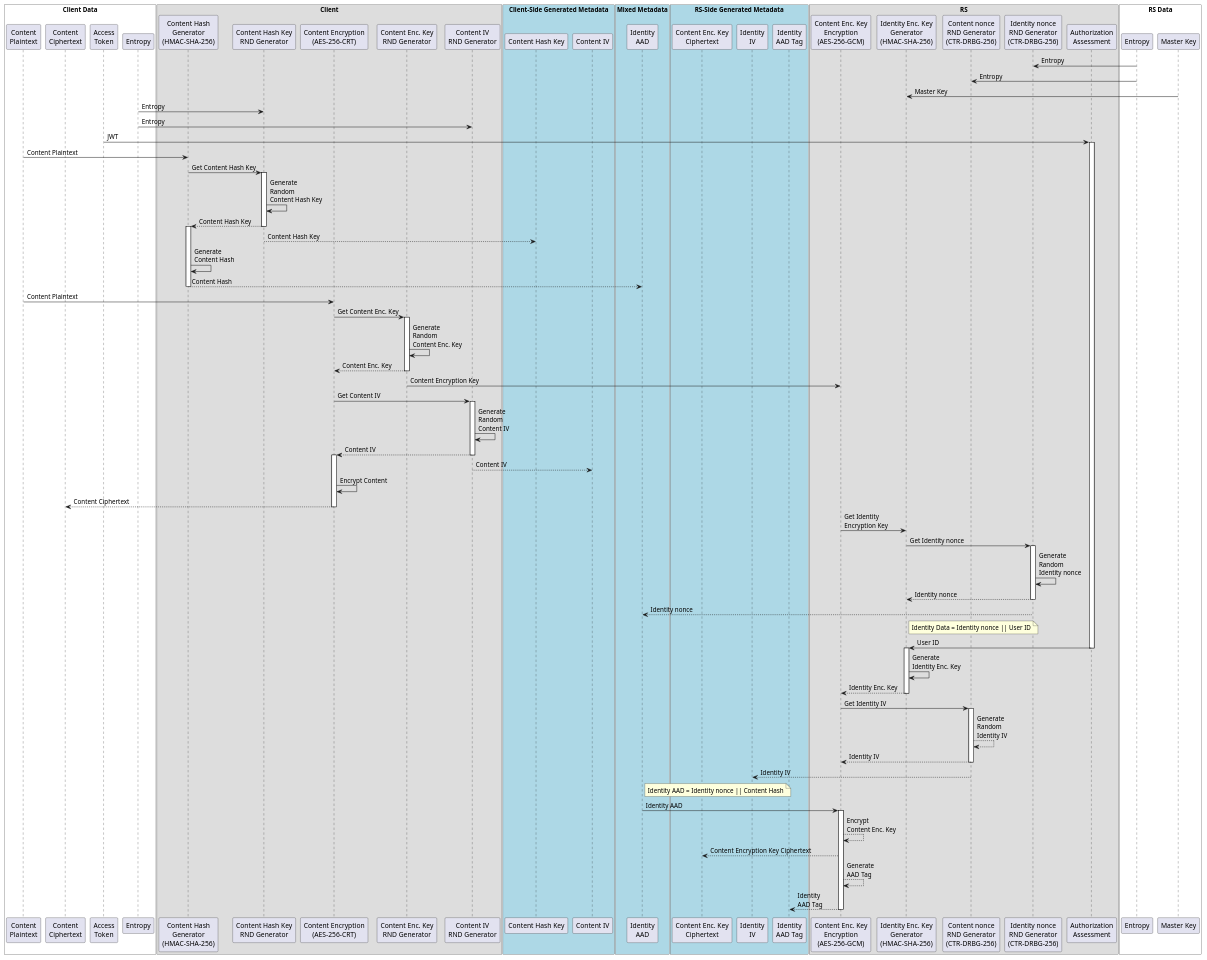
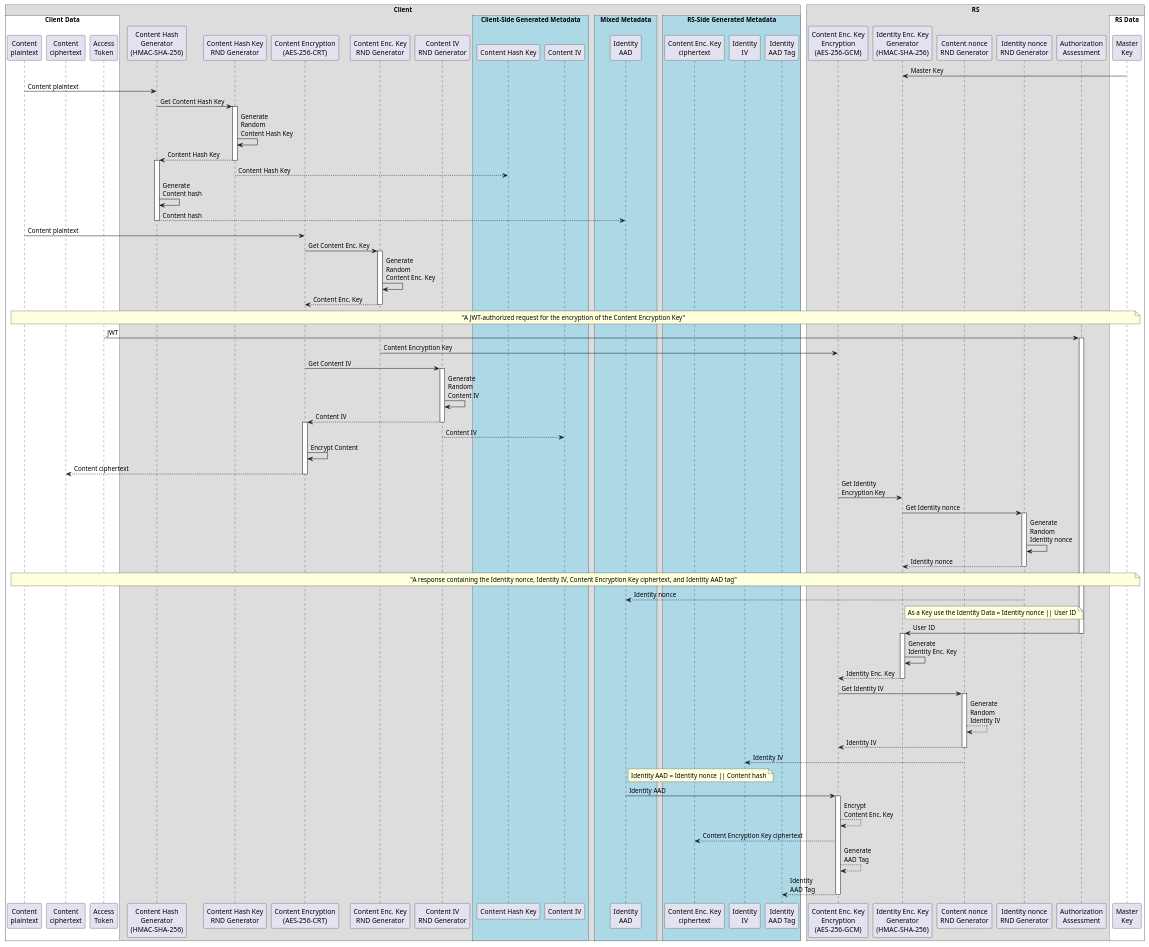
Before and after one commit to umalabs/ibe: the diagram in docs/ENCRYPTION.md, drawn with PlantUML. The commit also changed 2 other files, not shown here.

Commit message:
correction

````diff
--- a/docs/ENCRYPTION.md
+++ b/docs/ENCRYPTION.md
@@ -9,5 +9,7 @@
 ```plantuml
 @startuml
+!pragma teoz true
+
 ' --- Client ---
 participant "Content Hash\nGenerator\n(HMAC-SHA-256)" as ContentHashGen
 participant "Content Hash Key\nRND Generator" as ContentHashKeyRND
@@ -16,12 +18,11 @@
 participant "Content IV\nRND Generator" as ContentIV_RND
 
 ' --- Client Inputs ---
-participant "Content\nPlaintext" as ContentPlaintext
-participant "Entropy" as ClientEntropy
+participant "Content\nplaintext" as ContentPlaintext
 participant "Access\nToken" as AccessToken
 
 ' --- Client Outputs ---
-participant "Content\nCiphertext" as ContentCiphertext
+participant "Content\nciphertext" as ContentCiphertext
 
 ' --- Client-Side Generated Metadata ---
 participant "Content Hash Key" as ContentHashKeyMetadata
@@ -30,50 +31,48 @@
 ' --- RS ---
 participant "Identity Enc. Key\nGenerator\n(HMAC-SHA-256)" as IdentityEncKeyGen
 participant "Content Enc. Key\nEncryption\n(AES-256-GCM)" as ContentEncKeyEncryption
-participant "Content nonce\nRND Generator\n(CTR-DRBG-256)" as ContentNonceRNDGen
-participant "Identity nonce\nRND Generator\n(CTR-DRBG-256)" as IdentityNonceRNDGen
+participant "Content nonce\nRND Generator" as ContentNonceRNDGen
+participant "Identity nonce\nRND Generator" as IdentityNonceRNDGen
 participant "Authorization\nAssessment" as AuthorizationAssessment
 
 ' --- RS Inputs ---
-participant "Entropy" as RSEntropy
-participant "Master Key" as Masterkey
+participant "Master\nKey" as Masterkey
 
 ' --- RS-Side Generated Metadata ---
-participant "Content Enc. Key\nCiphertext" as ContentEncKeyCiphertextMetadata
+participant "Content Enc. Key\nciphertext" as ContentEncKeyCiphertextMetadata
 participant "Identity\nAAD Tag" as IdentityAADTagMetadata
 participant "Identity\nIV" as IdentityIVMetadata
 
 ' --- Mixed Metadata ---
 participant "Identity\nAAD" as IdentityAAD
 
-box "Client Data" #White
-    participant ContentPlaintext
-    participant ContentCiphertext
-    participant AccessToken
-    participant ClientEntropy
-end box
+box "Client"
+    box "Client Data" #White
+        participant ContentPlaintext
+        participant ContentCiphertext
+        participant AccessToken
+    end box
 
-box "Client"
     participant ContentHashGen
     participant ContentHashKeyRND
     participant ContentEncryption
     participant ContentEncKeyRND
     participant ContentIV_RND
-end box
 
-box "Client-Side Generated Metadata" #LightBlue
-    participant ContentHashKeyMetadata
-    participant ContentIVMetadata
-end box
+    box "Client-Side Generated Metadata" #LightBlue
+        participant ContentHashKeyMetadata
+        participant ContentIVMetadata
+    end box
 
-box "Mixed Metadata" #LightBlue
-    participant IdentityAAD
-end box
+    box "Mixed Metadata" #LightBlue
+        participant IdentityAAD
+    end box
 
-box "RS-Side Generated Metadata" #LightBlue
-    participant ContentEncKeyCiphertextMetadata
-    participant IdentityIVMetadata
-    participant IdentityAADTagMetadata
+    box "RS-Side Generated Metadata" #LightBlue
+        participant ContentEncKeyCiphertextMetadata
+        participant IdentityIVMetadata
+        participant IdentityAADTagMetadata
+    end box
 end box
 
 box "RS"
@@ -82,24 +81,15 @@
     participant ContentNonceRNDGen
     participant IdentityNonceRNDGen
     participant AuthorizationAssessment
+
+    box "RS Data" #White
+        participant Masterkey as "Master Key"
+    end box
 end box
 
-box "RS Data" #White
-    participant RSEntropy as "Entropy"
-    participant Masterkey as "Master Key"
-end box
-
-RSEntropy -> IdentityNonceRNDGen: Entropy
-RSEntropy -> ContentNonceRNDGen: Entropy
 Masterkey -> IdentityEncKeyGen: Master Key
 
-ClientEntropy -> ContentHashKeyRND: Entropy
-ClientEntropy -> ContentIV_RND: Entropy
-
-AccessToken->AuthorizationAssessment: JWT
-activate AuthorizationAssessment
-
-ContentPlaintext -> ContentHashGen: Content Plaintext
+ContentPlaintext -> ContentHashGen: Content plaintext
 ' --- Content Hash Generation ---
 ContentHashGen -> ContentHashKeyRND: Get Content Hash Key
 ' --- Hash Key Generation ---
@@ -109,14 +99,14 @@
 deactivate ContentHashKeyRND
 activate ContentHashGen
 ContentHashKeyRND --> ContentHashKeyMetadata: Content Hash Key
-ContentHashGen -> ContentHashGen: Generate\nContent Hash
+ContentHashGen -> ContentHashGen: Generate\nContent hash
 
 ' --- Identity AAD Generation ---
-ContentHashGen --> IdentityAAD: Content Hash
+ContentHashGen --> IdentityAAD: Content hash
 
 deactivate ContentHashGen
 
-ContentPlaintext -> ContentEncryption: Content Plaintext
+ContentPlaintext -> ContentEncryption: Content plaintext
 ' --- Content Encryption ---
 ContentEncryption -> ContentEncKeyRND: Get Content Enc. Key
 ' --- Content Encryption Key Generation ---
@@ -124,8 +114,12 @@
 ContentEncKeyRND -> ContentEncKeyRND: Generate\nRandom\nContent Enc. Key
 ContentEncKeyRND --> ContentEncryption: Content Enc. Key
 deactivate ContentEncKeyRND
+
+' --- Request ---
+note across: "A JWT-authorized request for the encryption of the Content Encryption Key"
+AccessToken->AuthorizationAssessment: JWT
+activate AuthorizationAssessment
 ContentEncKeyRND -> ContentEncKeyEncryption: Content Encryption Key
-
 
 ContentEncryption -> ContentIV_RND: Get Content IV
 ' --- Content IV Generation ---
@@ -137,7 +131,7 @@
 ContentIV_RND --> ContentIVMetadata: Content IV
 
 ContentEncryption -> ContentEncryption: Encrypt Content
-ContentEncryption --> ContentCiphertext: Content Ciphertext
+ContentEncryption --> ContentCiphertext: Content ciphertext
 deactivate ContentEncryption
 
 ' --- Identity Enc. Key Generation ---
@@ -150,14 +144,15 @@
 IdentityNonceRNDGen -> IdentityNonceRNDGen: Generate\nRandom\nIdentity nonce
 IdentityNonceRNDGen --> IdentityEncKeyGen: Identity nonce
 deactivate IdentityNonceRNDGen
+
+note across: "A response containing the Identity nonce, Identity IV, Content Encryption Key ciphertext, and Identity AAD tag"
+
 IdentityNonceRNDGen --> IdentityAAD: Identity nonce
-note right of IdentityEncKeyGen: Identity Data = Identity nonce || User ID
-
+note right of IdentityEncKeyGen: As a Key use the Identity Data = Identity nonce || User ID
 
 AuthorizationAssessment-> IdentityEncKeyGen: User ID
 deactivate AuthorizationAssessment
 activate IdentityEncKeyGen
-
 
 IdentityEncKeyGen -> IdentityEncKeyGen: Generate\nIdentity Enc. Key
 IdentityEncKeyGen --> ContentEncKeyEncryption: Identity Enc. Key
@@ -172,13 +167,13 @@
 deactivate ContentNonceRNDGen
 ContentNonceRNDGen --> IdentityIVMetadata: Identity IV
 
-note right of IdentityAAD: Identity AAD = Identity nonce || Content Hash 
+note right of IdentityAAD: Identity AAD = Identity nonce || Content hash
 IdentityAAD -> ContentEncKeyEncryption: Identity AAD
 
 ' --- Content Key Encryption ---
 activate ContentEncKeyEncryption
 ContentEncKeyEncryption --> ContentEncKeyEncryption: Encrypt\nContent Enc. Key
-ContentEncKeyEncryption --> ContentEncKeyCiphertextMetadata: Content Encryption Key Ciphertext
+ContentEncKeyEncryption --> ContentEncKeyCiphertextMetadata: Content Encryption Key ciphertext
 ContentEncKeyEncryption --> ContentEncKeyEncryption: Generate\nAAD Tag
 ContentEncKeyEncryption --> IdentityAADTagMetadata: Identity\nAAD Tag
 
````
